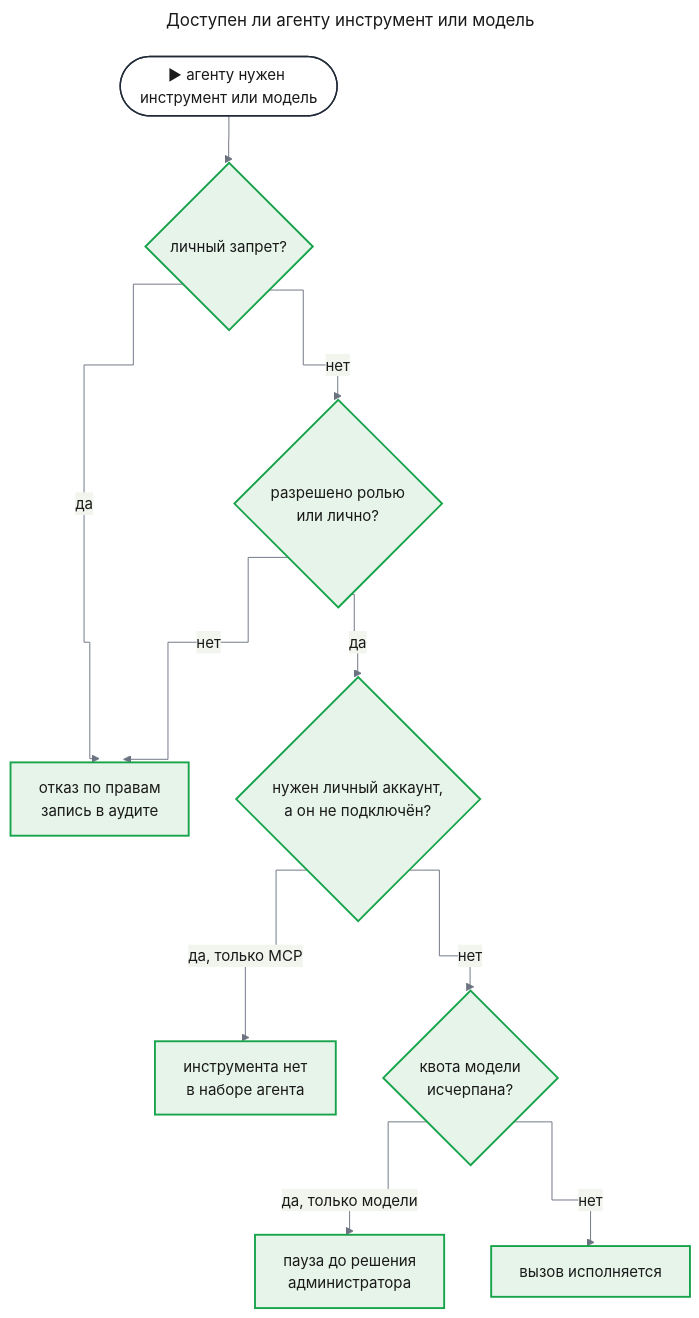
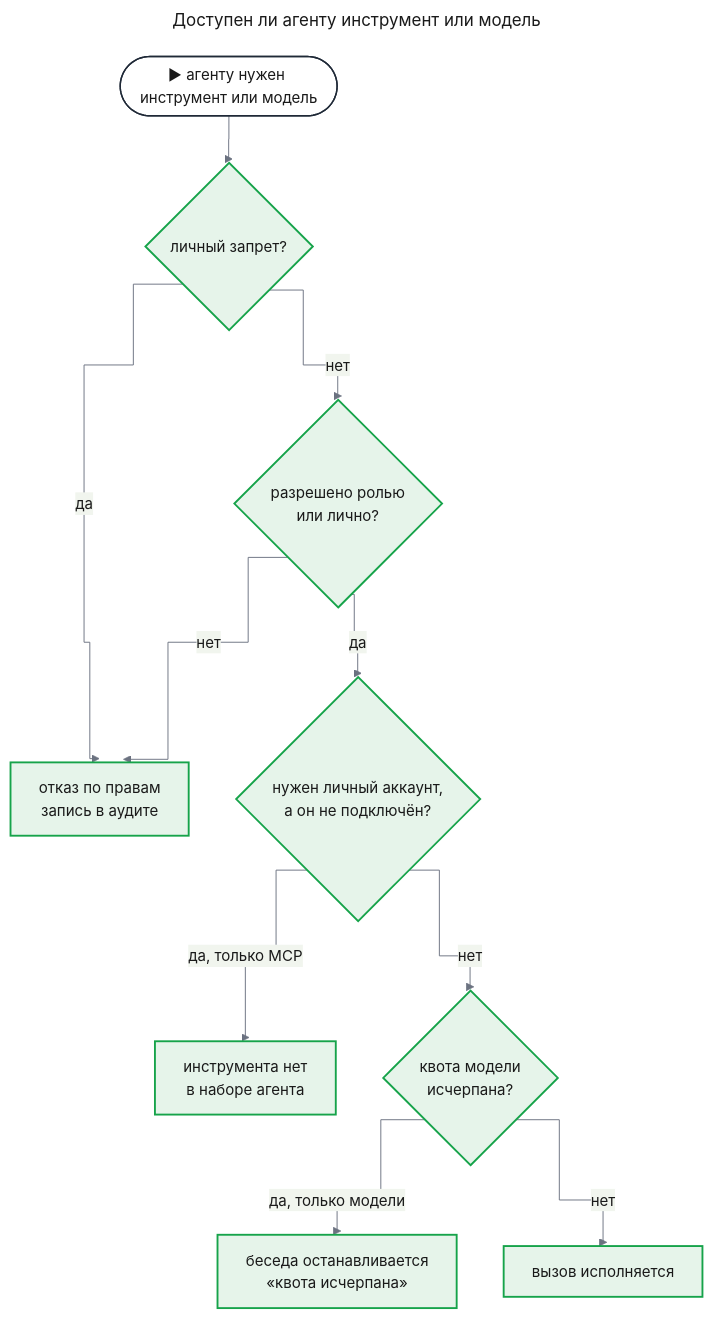
The third of 6 diagrams in docs/features/enterprise-access/prd.md (tundraray/agent-os), drawn with Mermaid before and after one commit. The commit also changed other lines of this file, not shown here.

Commit message:
docs(enterprise-access): cut SAML, SCIM and the quota pause from the PRD

````diff
--- a/docs/features/enterprise-access/prd.md
+++ b/docs/features/enterprise-access/prd.md
@@ -183,38 +181,38 @@
 ```mermaid
 ---
 title: "Доступен ли агенту инструмент или модель"
 config:
   theme: base
   look: classic
   themeVariables:
     primaryColor: "#eef1f5"
     primaryBorderColor: "#4b5563"
     primaryTextColor: "#1a1a1a"
     lineColor: "#6b7280"
   flowchart:
     curve: step
 ---
 flowchart TD
     ask(["▶ агенту нужен инструмент или модель"])
     deny{"личный запрет?"}
     allow{"разрешено ролью<br/>или лично?"}
     acct{"нужен личный аккаунт,<br/>а он не подключён?"}
     quota{"квота модели<br/>исчерпана?"}
     no["отказ по правам<br/>запись в аудите"]
     hide["инструмента нет<br/>в наборе агента"]
-    pause["пауза до решения<br/>администратора"]
+    pause["беседа останавливается<br/>«квота исчерпана»"]
     go["вызов исполняется"]
     ask --> deny
     deny -->|"да"| no
     deny -->|"нет"| allow
     allow -->|"нет"| no
     allow -->|"да"| acct
     acct -->|"да, только MCP"| hide
     acct -->|"нет"| quota
     quota -->|"да, только модели"| pause
     quota -->|"нет"| go
     classDef entry fill:#ffffff,stroke:#1f2937,stroke-width:1.5px,color:#1a1a1a
     classDef new fill:#e6f4ea,stroke:#16a34a,stroke-width:2px,color:#1a1a1a
     class ask entry
     class deny,allow,acct,quota,no,hide,pause,go new
 ```
````
